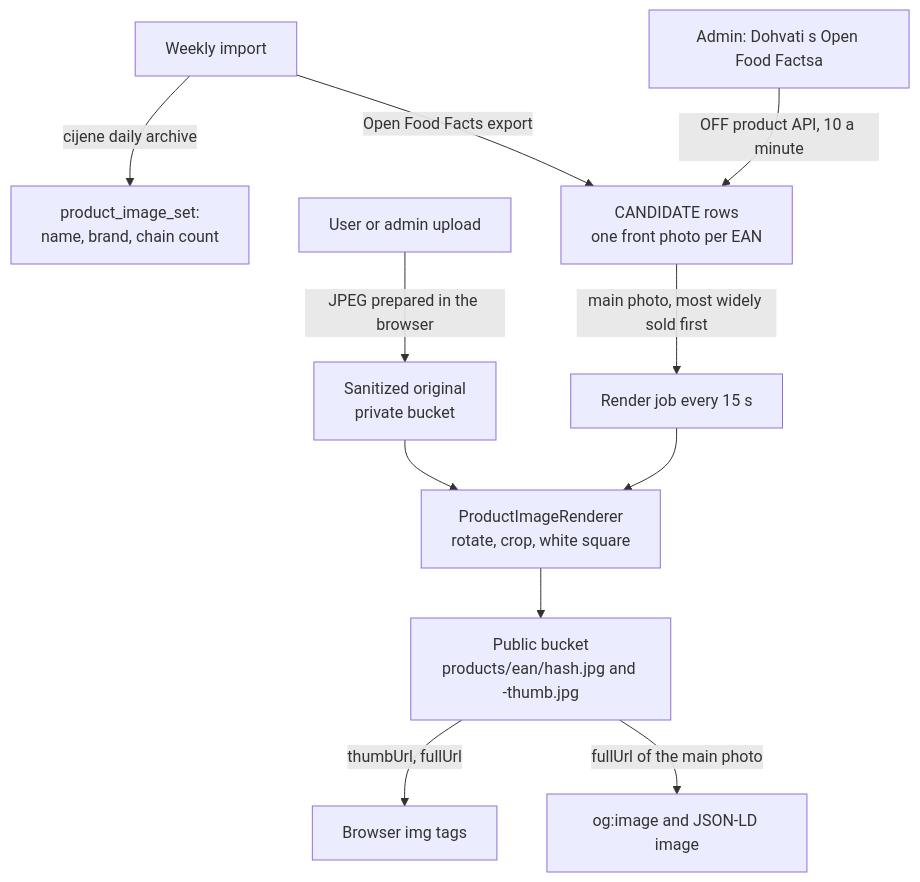
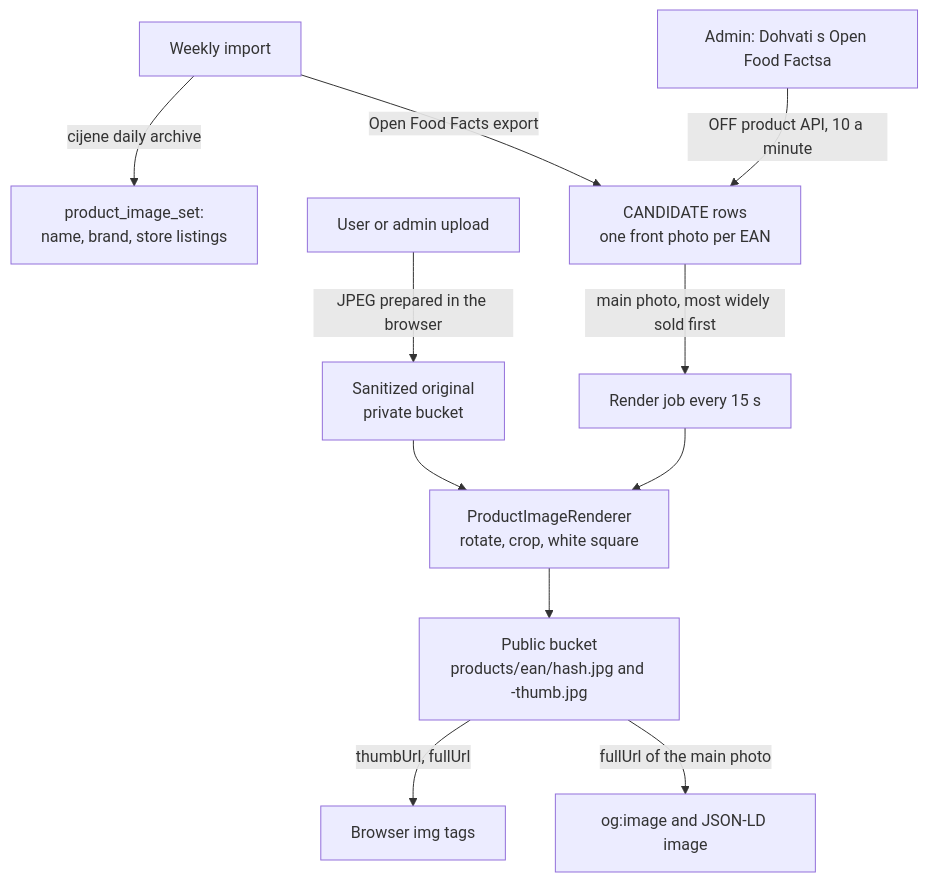
The first of 2 diagrams in docs/PRODUCT-IMAGES.md (OffCrazyFreak/Disscount), drawn with Mermaid before and after one commit. The commit also changed other lines of this file and 1 other file, not shown here.

````diff
--- a/docs/PRODUCT-IMAGES.md
+++ b/docs/PRODUCT-IMAGES.md
@@ -52,13 +52,13 @@
 ```mermaid
 flowchart TD
-    W[Weekly import] -->|cijene daily archive| S[product_image_set:<br/>name, brand, chain count]
+    W[Weekly import] -->|cijene daily archive| S[product_image_set:<br/>name, brand, store listings]
     W -->|Open Food Facts export| C[CANDIDATE rows<br/>one front photo per EAN]
     A[Admin: Dohvati s Open Food Factsa] -->|OFF product API, 10 a minute| C
     U[User or admin upload] -->|JPEG prepared in the browser| O[Sanitized original<br/>private bucket]
     O --> R
     C -->|main photo, most widely sold first| J[Render job every 15 s]
     J --> R[ProductImageRenderer<br/>rotate, crop, white square]
     R --> P["Public bucket<br/>products/ean/hash.jpg and -thumb.jpg"]
     P -->|thumbUrl, fullUrl| B[Browser img tags]
     P -->|fullUrl of the main photo| SEO[og:image and JSON-LD image]
 ```
````
